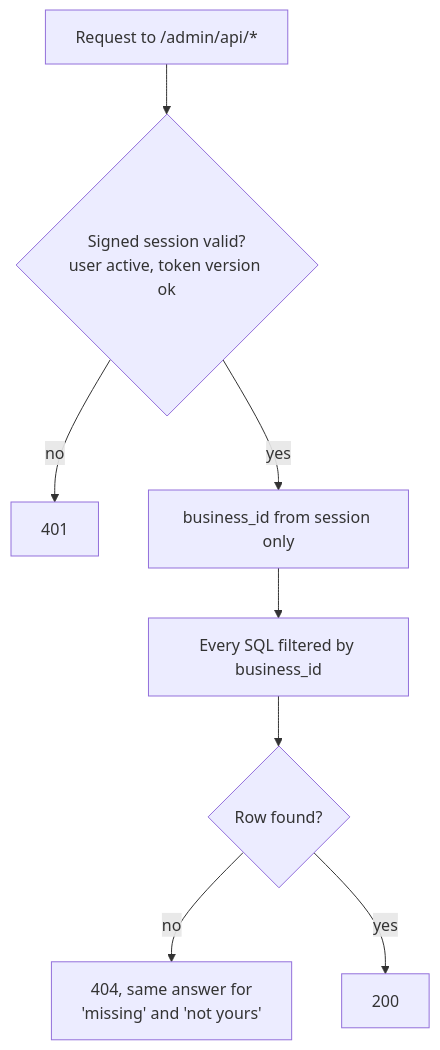
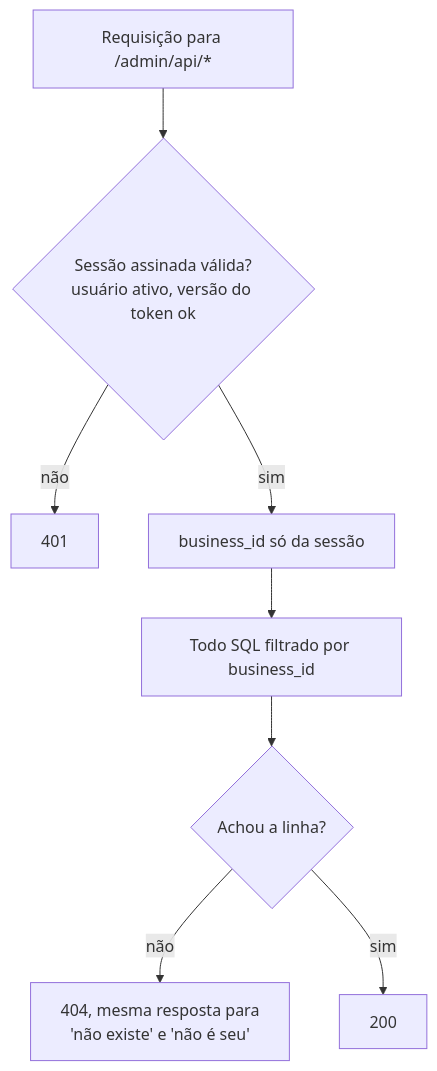
One commit to darkslipx/zapsync-showcase changed the third of 3 diagrams in docs/architecture.md. Above: the diagram before and after it, drawn with Mermaid. The commit also changed other lines of this file and 3 other files, not shown here.

````diff
--- a/docs/architecture.md
+++ b/docs/architecture.md
@@ -52,10 +54,10 @@
 ```mermaid
 flowchart TD
-  R[Request to /admin/api/*] --> S{Signed session valid?<br/>user active, token version ok}
-  S -- no --> U[401]
-  S -- yes --> B[business_id from session only]
-  B --> Q[Every SQL filtered by business_id]
-  Q --> N{Row found?}
-  N -- no --> F[404, same answer for<br/>'missing' and 'not yours']
-  N -- yes --> OK[200]
+  R[Requisição para /admin/api/*] --> S{Sessão assinada válida?<br/>usuário ativo, versão do token ok}
+  S -- não --> U[401]
+  S -- sim --> B[business_id só da sessão]
+  B --> Q[Todo SQL filtrado por business_id]
+  Q --> N{Achou a linha?}
+  N -- não --> F[404, mesma resposta para<br/>'não existe' e 'não é seu']
+  N -- sim --> OK[200]
 ```
````
